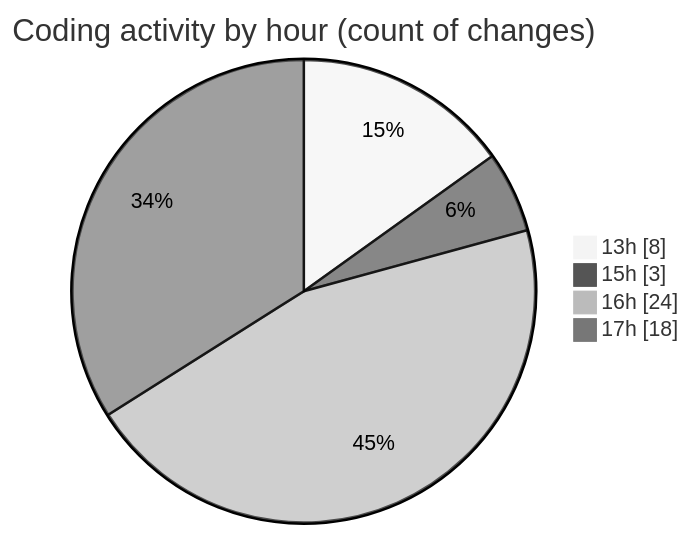
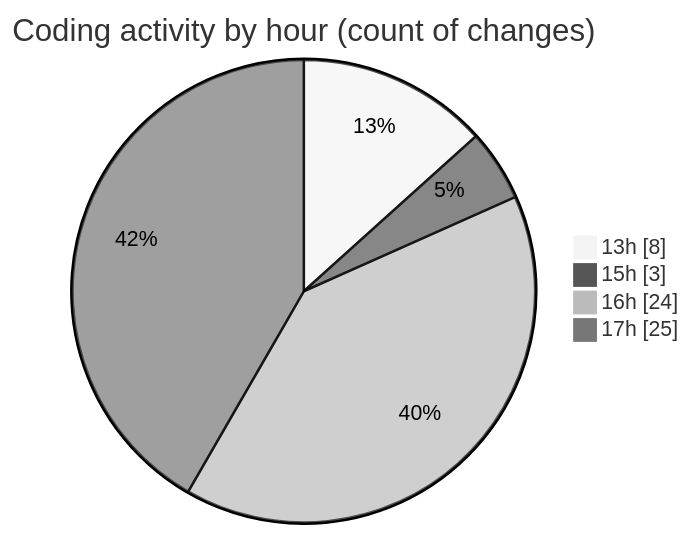
One commit to nxtqubesakshisongat/code-tracking changed the second of 2 diagrams in 2025-08-01/nxtqube_webapp/README.md. Above: the diagram before and after it, drawn with Mermaid (neutral theme). The commit also changed other lines of this file and 1 other file, not shown here.

````diff
--- a/2025-08-01/nxtqube_webapp/README.md
+++ b/2025-08-01/nxtqube_webapp/README.md
@@ -39,8 +39,8 @@
 ```mermaid
 pie showData
 title Coding activity by hour (count of changes)
 "13h" : 8
 "15h" : 3
 "16h" : 24
-"17h" : 18
+"17h" : 25
 ```
````
